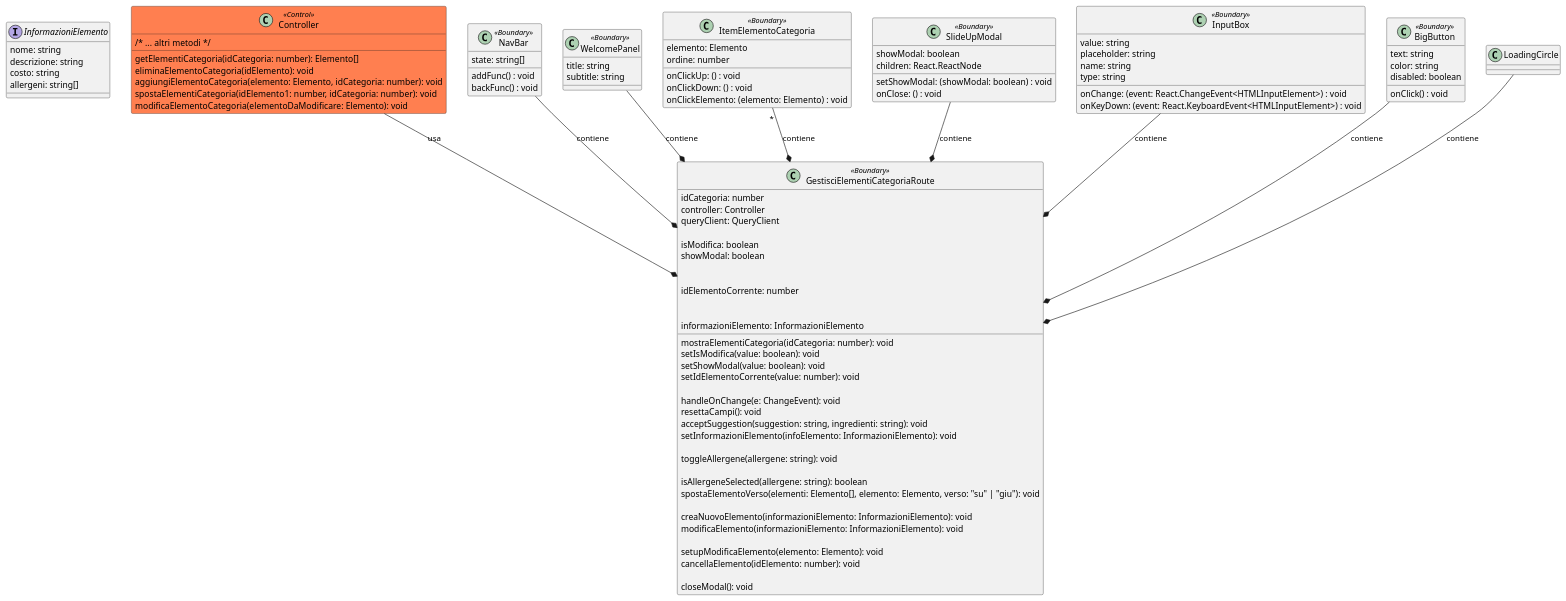
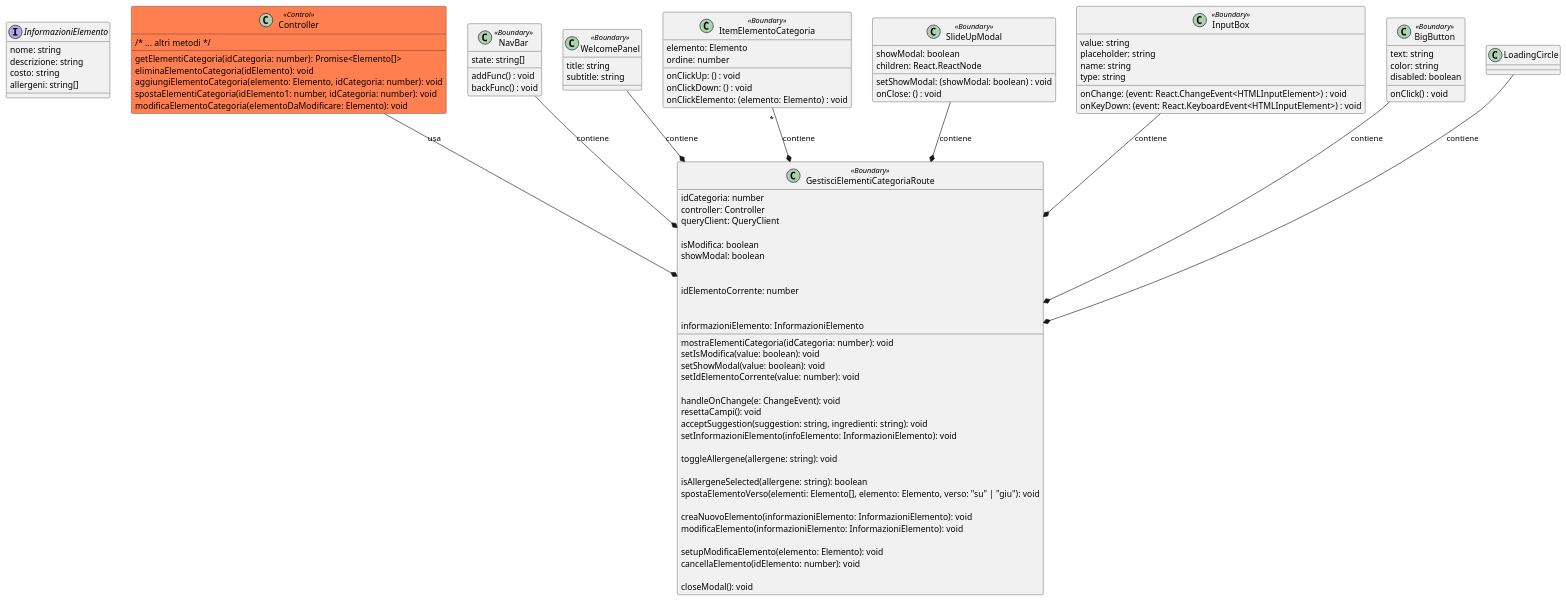
The diagram in diagrams/PUML/routes/GestisciElementiCategoriaRoute.puml (macro21KGB/Esame-INGSW-22-23), drawn with PlantUML before and after one commit. The commit also changed 4 other files, not shown here.

```diff
--- a/diagrams/PUML/routes/GestisciElementiCategoriaRoute.puml
+++ b/diagrams/PUML/routes/GestisciElementiCategoriaRoute.puml
@@ -1,119 +1,119 @@
 @startuml
 
 interface InformazioniElemento {
 	nome: string
 	descrizione: string
 	costo: string
 	allergeni: string[]
 }
 
 class Controller <<Control>> #coral{
 
 	/* ... altri metodi */
-	getElementiCategoria(idCategoria: number): Elemento[]
+	getElementiCategoria(idCategoria: number): Promise<Elemento[]>
 	eliminaElementoCategoria(idElemento): void
 	aggiungiElementoCategoria(elemento: Elemento, idCategoria: number): void
 	spostaElementiCategoria(idElemento1: number, idCategoria: number): void
 	modificaElementoCategoria(elementoDaModificare: Elemento): void
 }
 
 class GestisciElementiCategoriaRoute <<Boundary>> {
 	
 	idCategoria: number
 	controller: Controller
 	queryClient: QueryClient
 	mostraElementiCategoria(idCategoria: number): void
 
 	isModifica: boolean
 	showModal: boolean
 
 	setIsModifica(value: boolean): void
 	setShowModal(value: boolean): void
 
 	idElementoCorrente: number
 	setIdElementoCorrente(value: number): void
 
 	handleOnChange(e: ChangeEvent): void
 	resettaCampi(): void 
 	acceptSuggestion(suggestion: string, ingredienti: string): void
 
 	informazioniElemento: InformazioniElemento
 	setInformazioniElemento(infoElemento: InformazioniElemento): void
 
 	toggleAllergene(allergene: string): void
 
 	isAllergeneSelected(allergene: string): boolean
 	spostaElementoVerso(elementi: Elemento[], elemento: Elemento, verso: "su" | "giu"): void
 
 	creaNuovoElemento(informazioniElemento: InformazioniElemento): void
 	modificaElemento(informazioniElemento: InformazioniElemento): void
 
 	setupModificaElemento(elemento: Elemento): void
 	cancellaElemento(idElemento: number): void
 
 	closeModal(): void
 }
 
 class NavBar <<Boundary>> {
 
 	addFunc() : void
 	backFunc() : void
 	state: string[]
 	
 }
 
 class WelcomePanel <<Boundary>> {
 
   title: string
 	subtitle: string
 
 }
 	
 class ItemElementoCategoria <<Boundary>> {
 
 	elemento: Elemento
 	onClickUp: () : void
 	onClickDown: () : void
 	onClickElemento: (elemento: Elemento) : void
 	ordine: number
 
 }
 
 class SlideUpModal <<Boundary>> {
 
 	showModal: boolean
 	setShowModal: (showModal: boolean) : void
 	children: React.ReactNode
 	onClose: () : void
 
 }
 
 class InputBox <<Boundary>> {
 
 	value: string
 	placeholder: string
 	name: string
 	type: string
 	onChange: (event: React.ChangeEvent<HTMLInputElement>) : void
 	onKeyDown: (event: React.KeyboardEvent<HTMLInputElement>) : void
 
 }
 
 class BigButton <<Boundary>> {
 
   onClick() : void
   text: string
   color: string
   disabled: boolean
 
 }
 BigButton--* GestisciElementiCategoriaRoute : contiene
 InputBox --* GestisciElementiCategoriaRoute : contiene
 SlideUpModal --* GestisciElementiCategoriaRoute : contiene
 ItemElementoCategoria "*"--* GestisciElementiCategoriaRoute : contiene
 WelcomePanel--* GestisciElementiCategoriaRoute : contiene
 NavBar --* GestisciElementiCategoriaRoute : contiene
 LoadingCircle --* GestisciElementiCategoriaRoute : contiene
 
 Controller --* GestisciElementiCategoriaRoute : usa
 @enduml
```
